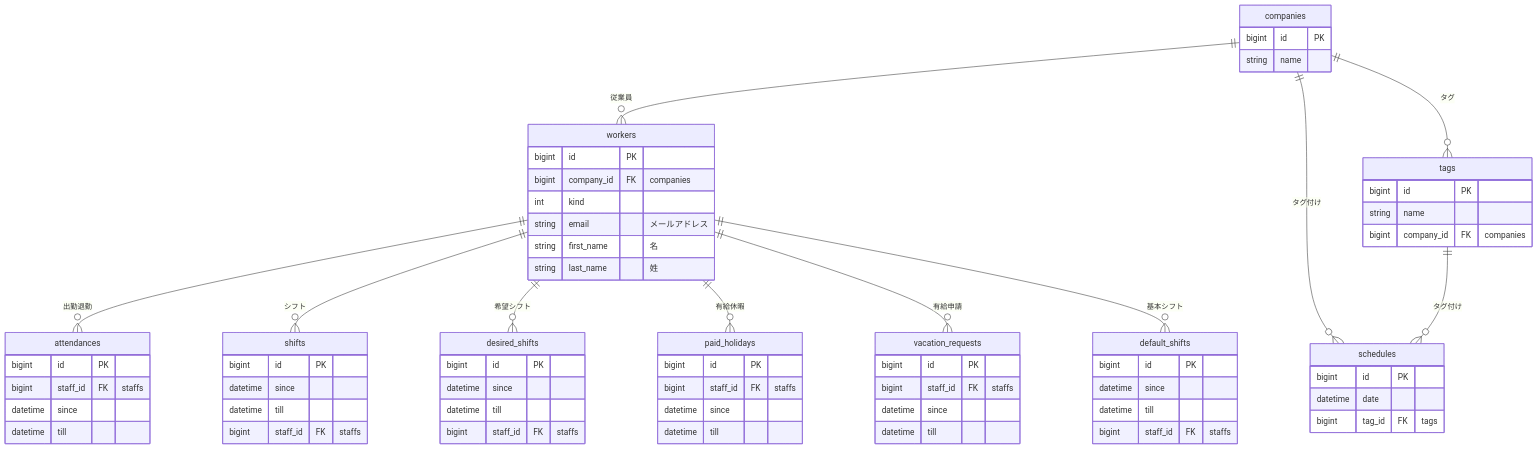
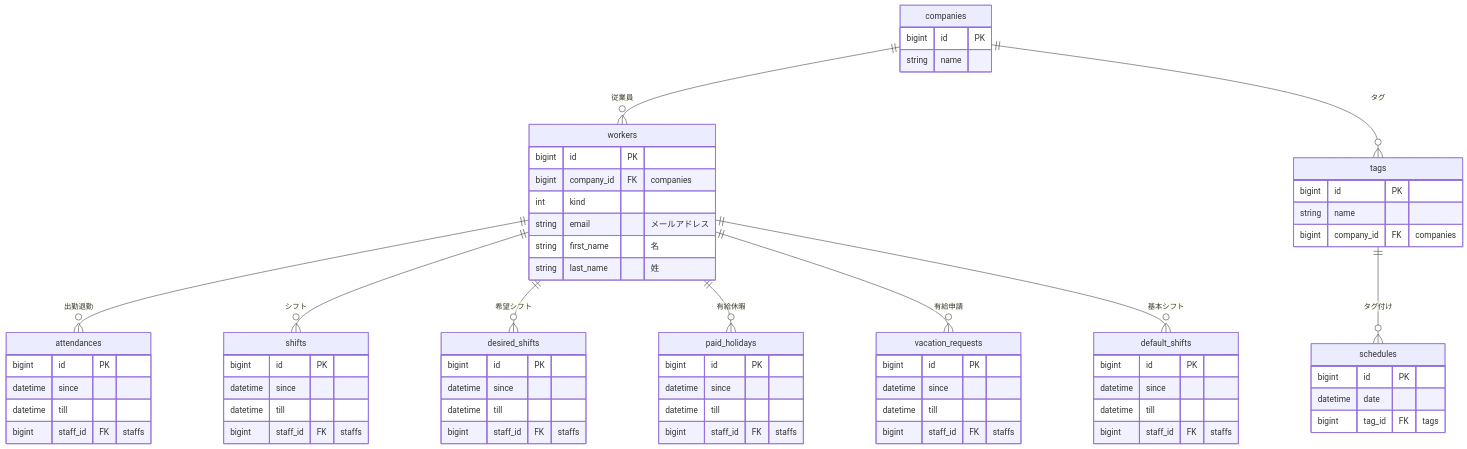
One commit to piny940/kintai changed the diagram in db/er.md. Above: the diagram before and after it, drawn with Mermaid.

Commit message:
不要な外部キーを削除

````diff
--- a/db/er.md
+++ b/db/er.md
@@ -1,76 +1,75 @@
 ```mermaid
 erDiagram
   companies ||--o{ workers : "従業員"
-  companies ||--o{ schedules : "タグ付け"
   companies ||--o{ tags : "タグ"
   tags ||--o{ schedules : "タグ付け"
   workers ||--o{ attendances : "出勤退勤"
   workers ||--o{ shifts : "シフト"
   workers ||--o{ desired_shifts : "希望シフト"
   workers ||--o{ paid_holidays : "有給休暇"
   workers ||--o{ vacation_requests : "有給申請"
   workers ||--o{ default_shifts : "基本シフト"
 
   companies {
     bigint id PK
     string name
   }
   workers {
     bigint id PK
     bigint company_id FK "companies"
     int kind
     string email "メールアドレス"
     string first_name "名"
     string last_name "姓"
   }
 
   attendances {
     bigint id PK
-    bigint staff_id FK "staffs"
     datetime since
     datetime till
+    bigint staff_id FK "staffs"
   }
 
   shifts {
     bigint id PK
     datetime since
     datetime till
     bigint staff_id FK "staffs"
   }
   desired_shifts {
     bigint id PK
     datetime since
     datetime till
     bigint staff_id FK "staffs"
   }
   default_shifts {
     bigint id PK
     datetime since
     datetime till
     bigint staff_id FK "staffs"
   }
   
   tags {
     bigint id PK
     string name
     bigint company_id FK "companies"
   }
   schedules {
     bigint id PK
     datetime date
     bigint tag_id FK "tags"
   }
 
   paid_holidays {
     bigint id PK
-    bigint staff_id FK "staffs"
     datetime since
     datetime till
+    bigint staff_id FK "staffs"
   }
   vacation_requests {
     bigint id PK
-    bigint staff_id FK "staffs"
     datetime since
     datetime till
+    bigint staff_id FK "staffs"
   }
 ```
````
